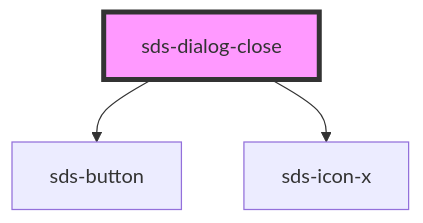
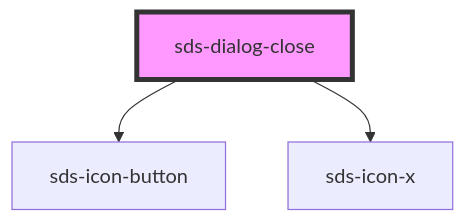
One commit to chodgesfigma/sds-mono changed the diagram in packages/sds-web-components/src/ui/primitives/Dialog/sds-dialog-close/readme.md. Above: the diagram before and after it, drawn with Mermaid. The commit also changed other lines of this file and 12 other files, not shown here.

Commit message:
feat: use sds-icon-button instead of "rounded" sds-button

````diff
--- a/packages/sds-web-components/src/ui/primitives/Dialog/sds-dialog-close/readme.md
+++ b/packages/sds-web-components/src/ui/primitives/Dialog/sds-dialog-close/readme.md
@@ -23,6 +23,6 @@
 ```mermaid
 graph TD;
-  sds-dialog-close --> sds-button
+  sds-dialog-close --> sds-icon-button
   sds-dialog-close --> sds-icon-x
   style sds-dialog-close fill:#f9f,stroke:#333,stroke-width:4px
 ```
````
